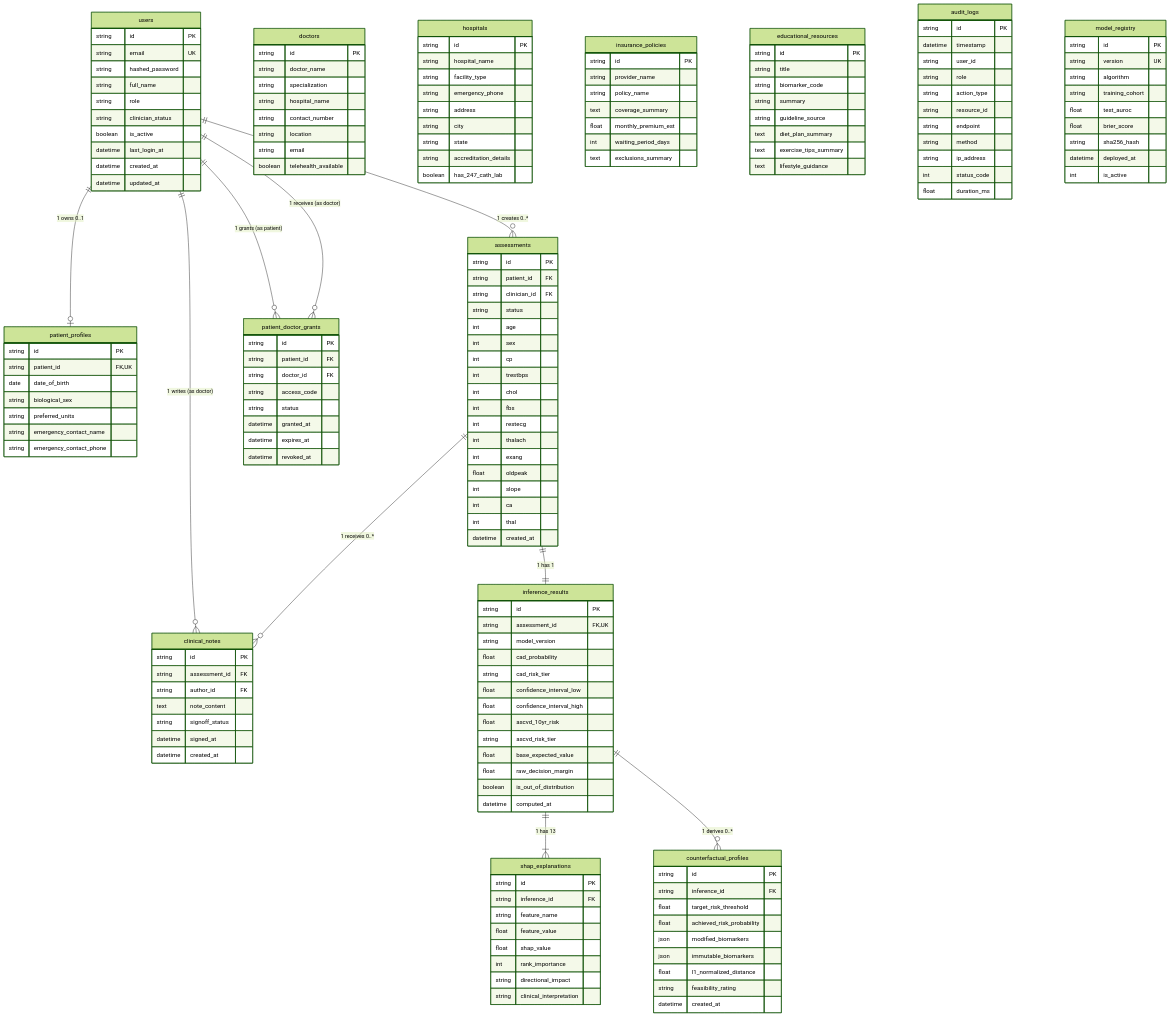
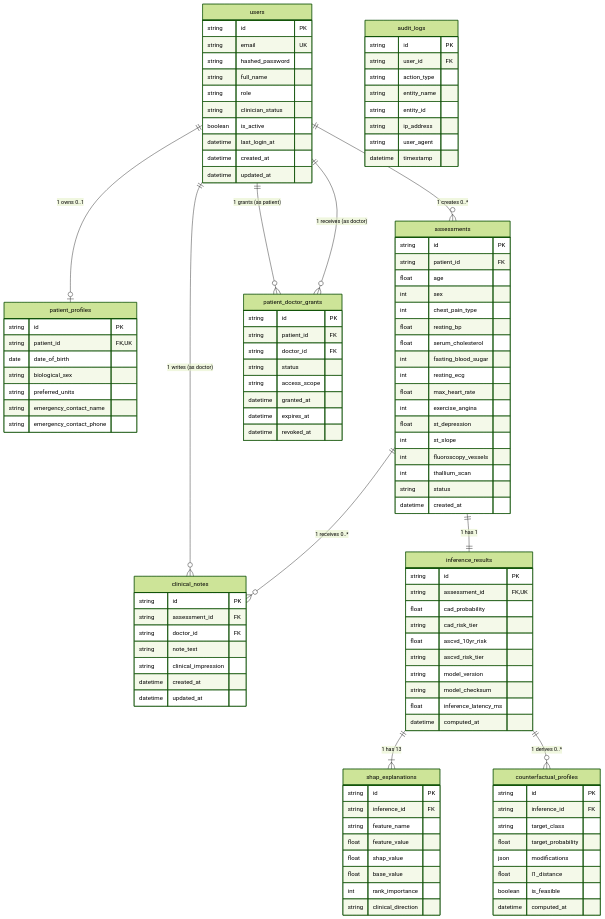
The diagram in docs/DATABASE_ARCHITECTURE.md (sandeep-kumar-270904/Heart-Disease-Risk-Prediction), drawn with Mermaid (forest theme) before and after one commit. The commit also changed other lines of this file and 13 other files, not shown here.

Commit message:
docs(phase-3): remediate architecture review findings across geography, clinical bounds, database parity, and backup security

````diff
--- a/docs/DATABASE_ARCHITECTURE.md
+++ b/docs/DATABASE_ARCHITECTURE.md
@@ -59,37 +63,33 @@
     assessments {
         string id PK
         string patient_id FK
-        string clinician_id FK
+        float age
+        int sex
+        int chest_pain_type
+        float resting_bp
+        float serum_cholesterol
+        int fasting_blood_sugar
+        int resting_ecg
+        float max_heart_rate
+        int exercise_angina
+        float st_depression
+        int st_slope
+        int fluoroscopy_vessels
+        int thallium_scan
         string status
-        int age
-        int sex
-        int cp
-        int trestbps
-        int chol
-        int fbs
-        int restecg
-        int thalach
-        int exang
-        float oldpeak
-        int slope
-        int ca
-        int thal
         datetime created_at
     }
 
     inference_results {
         string id PK
         string assessment_id FK, UK
-        string model_version
         float cad_probability
         string cad_risk_tier
-        float confidence_interval_low
-        float confidence_interval_high
         float ascvd_10yr_risk
         string ascvd_risk_tier
-        float base_expected_value
-        float raw_decision_margin
-        boolean is_out_of_distribution
+        string model_version
+        string model_checksum
+        float inference_latency_ms
         datetime computed_at
     }
 
@@ -99,29 +99,28 @@
         string feature_name
         float feature_value
         float shap_value
+        float base_value
         int rank_importance
-        string directional_impact
-        string clinical_interpretation
+        string clinical_direction
     }
 
     counterfactual_profiles {
         string id PK
         string inference_id FK
-        float target_risk_threshold
-        float achieved_risk_probability
-        json modified_biomarkers
-        json immutable_biomarkers
-        float l1_normalized_distance
-        string feasibility_rating
-        datetime created_at
+        string target_class
+        float target_probability
+        json modifications
+        float l1_distance
+        boolean is_feasible
+        datetime computed_at
     }
 
     patient_doctor_grants {
         string id PK
         string patient_id FK
         string doctor_id FK
-        string access_code
         string status
+        string access_scope
         datetime granted_at
         datetime expires_at
         datetime revoked_at
@@ -130,80 +129,21 @@
     clinical_notes {
         string id PK
         string assessment_id FK
-        string author_id FK
-        text note_content
-        string signoff_status
-        datetime signed_at
+        string doctor_id FK
+        string note_text
+        string clinical_impression
         datetime created_at
-    }
-
-    doctors {
-        string id PK
-        string doctor_name
-        string specialization
-        string hospital_name
-        string contact_number
-        string location
-        string email
-        boolean telehealth_available
-    }
-
-    hospitals {
-        string id PK
-        string hospital_name
-        string facility_type
-        string emergency_phone
-        string address
-        string city
-        string state
-        string accreditation_details
-        boolean has_247_cath_lab
-    }
-
-    insurance_policies {
-        string id PK
-        string provider_name
-        string policy_name
-        text coverage_summary
-        float monthly_premium_est
-        int waiting_period_days
-        text exclusions_summary
-    }
-
-    educational_resources {
-        string id PK
-        string title
-        string biomarker_code
-        string summary
-        string guideline_source
-        text diet_plan_summary
-        text exercise_tips_summary
-        text lifestyle_guidance
+        datetime updated_at
     }
 
     audit_logs {
         string id PK
+        string user_id FK
+        string action_type
+        string entity_name
+        string entity_id
+        string ip_address
+        string user_agent
         datetime timestamp
-        string user_id
-        string role
-        string action_type
-        string resource_id
-        string endpoint
-        string method
-        string ip_address
-        int status_code
-        float duration_ms
-    }
-
-    model_registry {
-        string id PK
-        string version UK
-        string algorithm
-        string training_cohort
-        float test_auroc
-        float brier_score
-        string sha256_hash
-        datetime deployed_at
-        int is_active
     }
 ```
````
